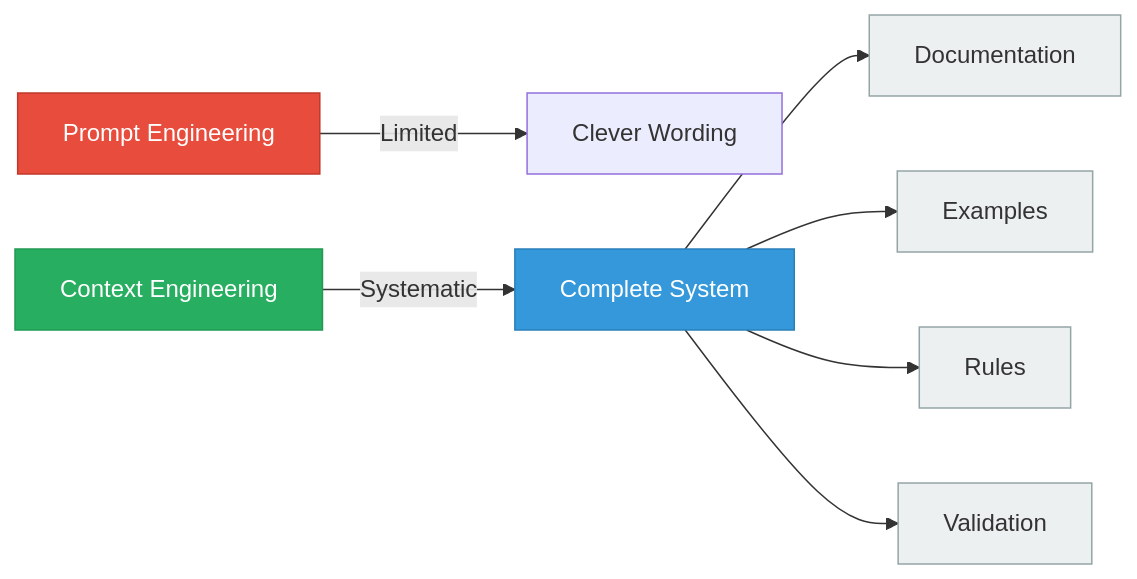
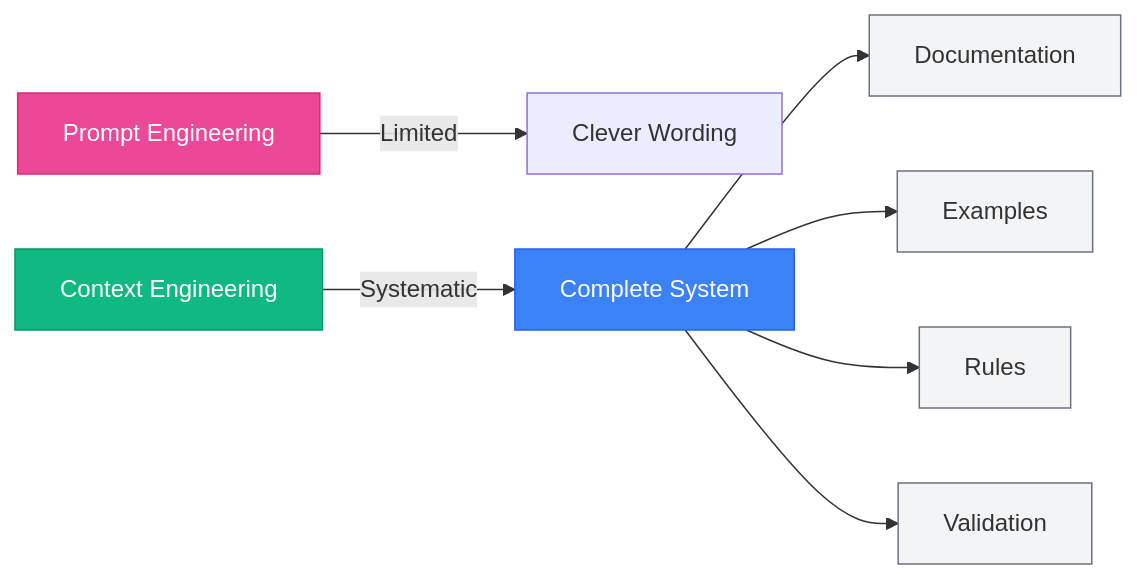
Before and after one commit to bprzybys-nc/ce-demo: the first of 6 diagrams in ce-demo-presentation.md, drawn with Mermaid. The commit also changed other lines of this file and 1 other file, not shown here.

````diff
--- a/ce-demo-presentation.md
+++ b/ce-demo-presentation.md
@@ -42,18 +42,18 @@
 ```mermaid
 graph LR
     A["Prompt Engineering"] -->|"Limited"| B["Clever Wording"]
     C["Context Engineering"] -->|"Systematic"| D["Complete System"]
 
     D --> E["Documentation"]
     D --> F["Examples"]
     D --> G["Rules"]
     D --> H["Validation"]
 
-    style A fill:#E74C3C,stroke:#C0392B,color:#fff
-    style C fill:#27AE60,stroke:#229954,color:#fff
-    style D fill:#3498DB,stroke:#2980B9,color:#fff
-    style E fill:#ECF0F1,stroke:#95A5A6
-    style F fill:#ECF0F1,stroke:#95A5A6
-    style G fill:#ECF0F1,stroke:#95A5A6
-    style H fill:#ECF0F1,stroke:#95A5A6
+    style A fill:#EC4899,stroke:#DB2777,color:#fff
+    style C fill:#10B981,stroke:#059669,color:#fff
+    style D fill:#3B82F6,stroke:#2563EB,color:#fff
+    style E fill:#F3F4F6,stroke:#6B7280
+    style F fill:#F3F4F6,stroke:#6B7280
+    style G fill:#F3F4F6,stroke:#6B7280
+    style H fill:#F3F4F6,stroke:#6B7280
 ```
````
